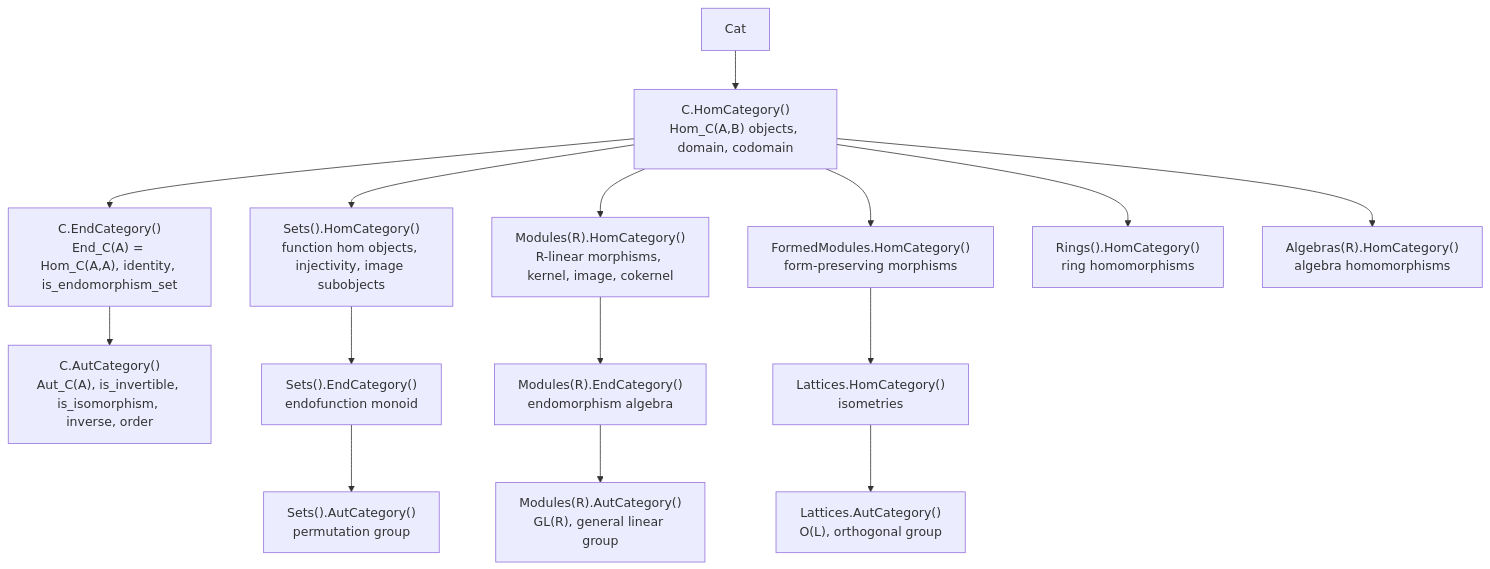
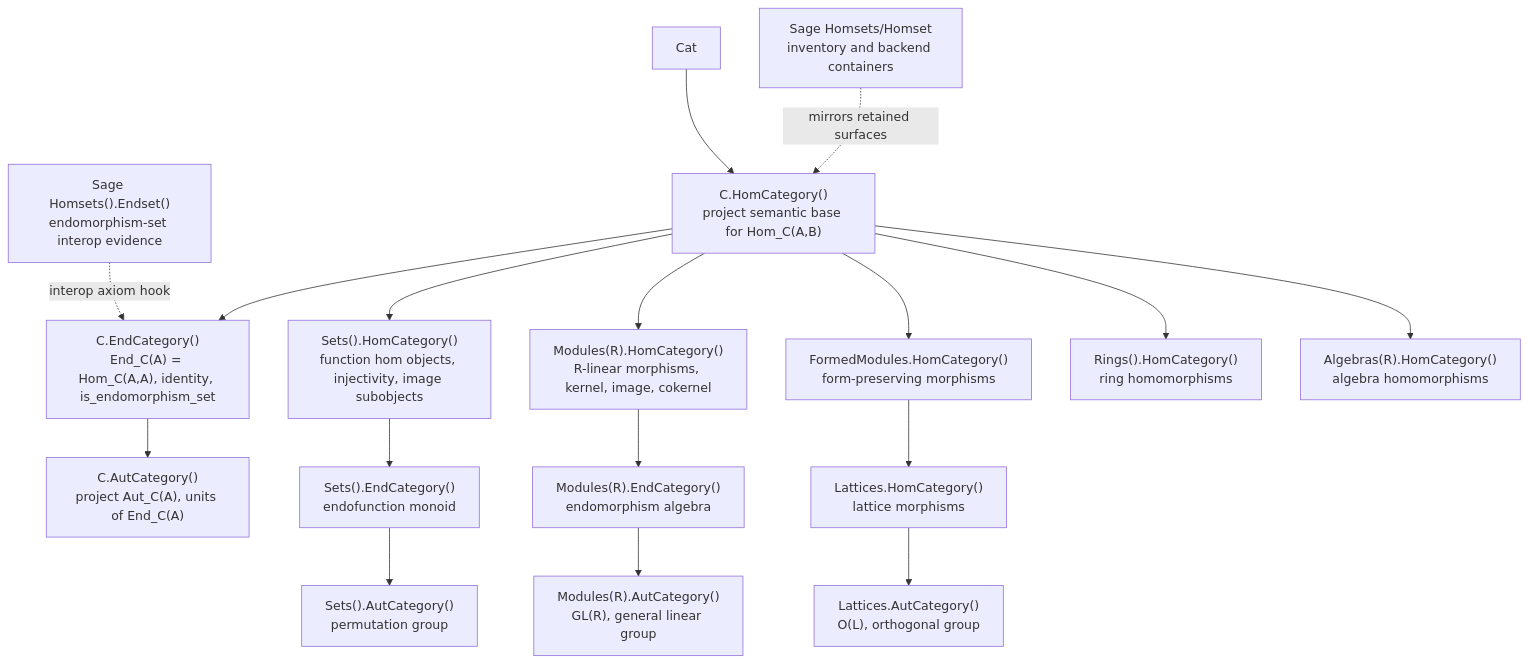
One commit to dzackgarza/lattice-research changed the diagram in .agents/plans/visuals/homsets-category-hierarchy.md. Above: the diagram before and after it, drawn with Mermaid. The commit also changed 29 other files, not shown here.

````diff
--- a/.agents/plans/visuals/homsets-category-hierarchy.md
+++ b/.agents/plans/visuals/homsets-category-hierarchy.md
@@ -3,22 +3,26 @@
 ```mermaid
 graph TD
     Cat["Cat"]
-    Cat --> HomCategory["C.HomCategory()<br/>Hom_C(A,B) objects, domain, codomain"]
+    SageHomsets["Sage Homsets/Homset<br/>inventory and backend containers"]
+    SageEndset["Sage Homsets().Endset()<br/>endomorphism-set interop evidence"]
+    Cat --> HomCategory["C.HomCategory()<br/>project semantic base for Hom_C(A,B)"]
+    SageHomsets -. mirrors retained surfaces .-> HomCategory
     HomCategory --> EndCategory["C.EndCategory()<br/>End_C(A) = Hom_C(A,A), identity, is_endomorphism_set"]
-    EndCategory --> AutCategory["C.AutCategory()<br/>Aut_C(A), is_invertible, is_isomorphism, inverse, order"]
+    SageEndset -. interop axiom hook .-> EndCategory
+    EndCategory --> AutCategory["C.AutCategory()<br/>project Aut_C(A), units of End_C(A)"]
     
     HomCategory --> SetHom["Sets().HomCategory()<br/>function hom objects, injectivity, image subobjects"]
     SetHom --> SetEnd["Sets().EndCategory()<br/>endofunction monoid"]
     SetEnd --> SetAut["Sets().AutCategory()<br/>permutation group"]
     
     HomCategory --> ModuleHom["Modules(R).HomCategory()<br/>R-linear morphisms, kernel, image, cokernel"]
     ModuleHom --> ModuleEnd["Modules(R).EndCategory()<br/>endomorphism algebra"]
     ModuleEnd --> ModuleAut["Modules(R).AutCategory()<br/>GL(R), general linear group"]
     
     HomCategory --> FormHom["FormedModules.HomCategory()<br/>form-preserving morphisms"]
-    FormHom --> LatticeHom["Lattices.HomCategory()<br/>isometries"]
+    FormHom --> LatticeHom["Lattices.HomCategory()<br/>lattice morphisms"]
     LatticeHom --> LatticeAut["Lattices.AutCategory()<br/>O(L), orthogonal group"]
     
     HomCategory --> RingHom["Rings().HomCategory()<br/>ring homomorphisms"]
     HomCategory --> AlgHom["Algebras(R).HomCategory()<br/>algebra homomorphisms"]
 ```
````
